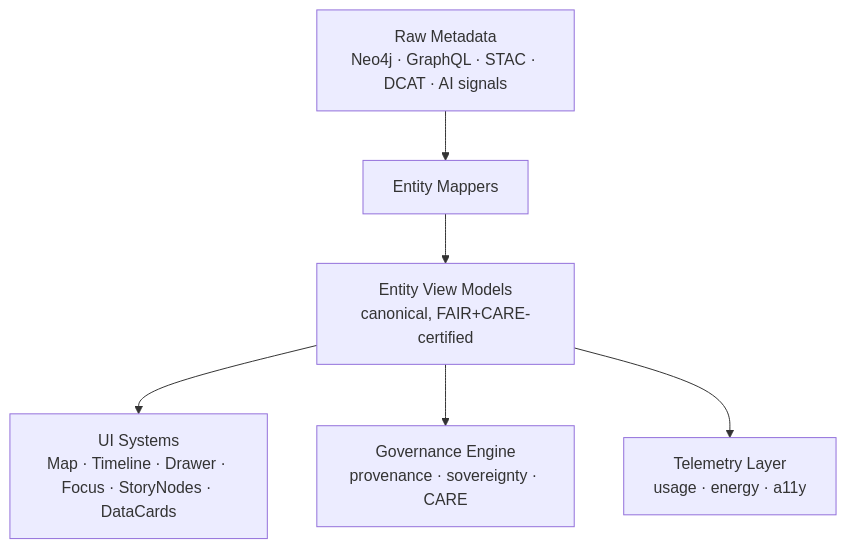
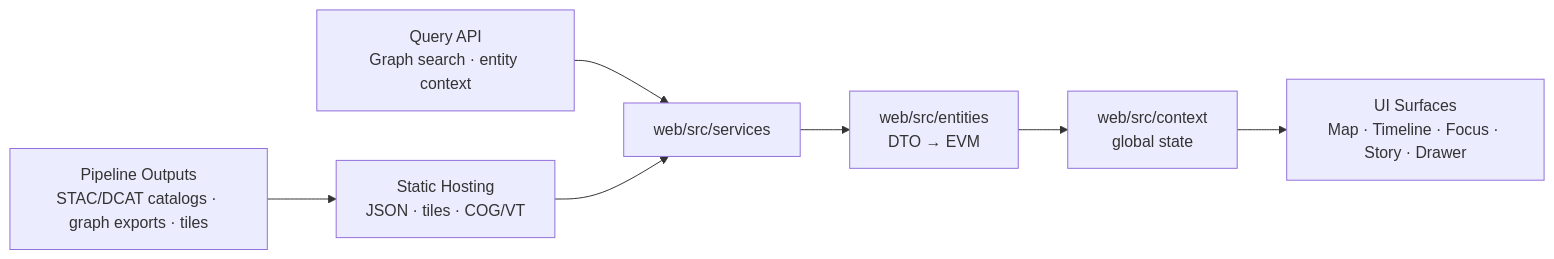
Before and after one commit to bartytime4life/Kansas-Frontier-Matrix: the first of 2 diagrams in web/src/entities/README.md, drawn with Mermaid. The commit also changed other lines of this file, not shown here.

```diff
--- a/web/src/entities/README.md
+++ b/web/src/entities/README.md
@@ -172,8 +256,9 @@
 ~~~mermaid
-flowchart TD
-    RAW[Raw Metadata<br/>Neo4j · GraphQL · STAC · DCAT · AI signals] --> MAP[Entity Mappers]
-    MAP --> VM[Entity View Models<br/>canonical, FAIR+CARE-certified]
-    VM --> UI[UI Systems<br/>Map · Timeline · Drawer · Focus · StoryNodes · DataCards]
-    VM --> GOV[Governance Engine<br/>provenance · sovereignty · CARE]
-    VM --> TEL[Telemetry Layer<br/>usage · energy · a11y]
+flowchart LR
+  P[Pipeline Outputs<br/>STAC/DCAT catalogs · graph exports · tiles] --> S[Static Hosting<br/>JSON · tiles · COG/VT]
+  A[Query API<br/>Graph search · entity context] --> SV[web/src/services]
+  S --> SV
+  SV --> E[web/src/entities<br/>DTO → EVM]
+  E --> C[web/src/context<br/>global state]
+  C --> UI[UI Surfaces<br/>Map · Timeline · Focus · Story · Drawer]
 ~~~
```
